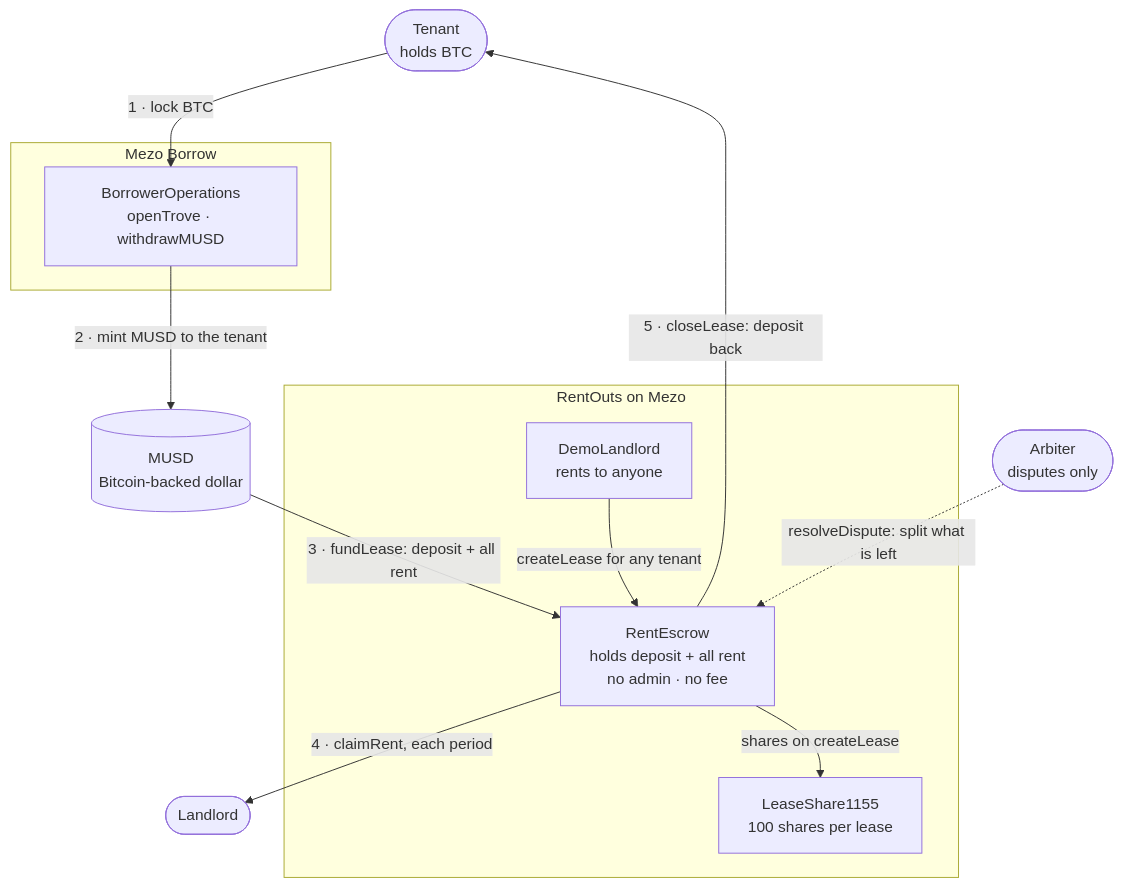
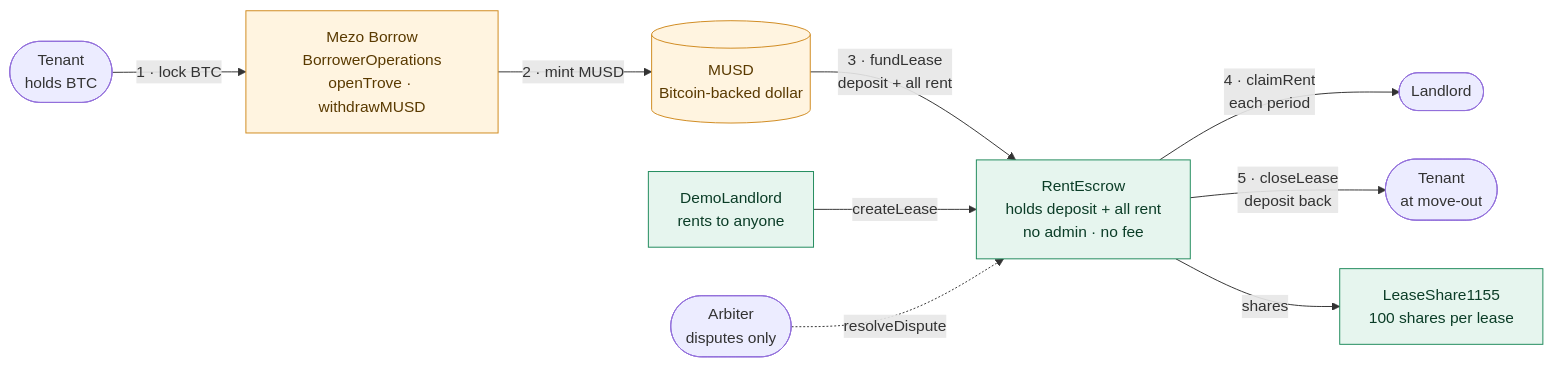
Before and after one commit to AiAlchemist0/rentouts-musd: the first of 3 diagrams in README.md, drawn with Mermaid. The commit also changed other lines of this file, not shown here.

Commit message:
docs: left-to-right system map; fix sequence label

````diff
--- a/README.md
+++ b/README.md
@@ -70,28 +70,26 @@
 ```mermaid
-flowchart TB
+flowchart LR
     T(["Tenant<br/>holds BTC"])
-
-    subgraph MB["Mezo Borrow"]
-        BO["BorrowerOperations<br/>openTrove · withdrawMUSD"]
-    end
-
+    BO["Mezo Borrow<br/>BorrowerOperations<br/>openTrove · withdrawMUSD"]
     M[("MUSD<br/>Bitcoin-backed dollar")]
-
-    subgraph RO["RentOuts on Mezo"]
-        ESC["RentEscrow<br/>holds deposit + all rent<br/>no admin · no fee"]
-        LS["LeaseShare1155<br/>100 shares per lease"]
-        DL["DemoLandlord<br/>rents to anyone"]
-    end
-
+    ESC["RentEscrow<br/>holds deposit + all rent<br/>no admin · no fee"]
     L(["Landlord"])
+    T2(["Tenant<br/>at move-out"])
+    LS["LeaseShare1155<br/>100 shares per lease"]
+    DL["DemoLandlord<br/>rents to anyone"]
     ARB(["Arbiter<br/>disputes only"])
 
     T -->|"1 · lock BTC"| BO
-    BO -->|"2 · mint MUSD to the tenant"| M
-    M -->|"3 · fundLease: deposit + all rent"| ESC
-    ESC -->|"4 · claimRent, each period"| L
-    ESC -->|"5 · closeLease: deposit back"| T
-    ESC -->|"shares on createLease"| LS
-    DL -->|"createLease for any tenant"| ESC
-    ARB -.->|"resolveDispute: split what is left"| ESC
+    BO -->|"2 · mint MUSD"| M
+    M -->|"3 · fundLease<br/>deposit + all rent"| ESC
+    ESC -->|"4 · claimRent<br/>each period"| L
+    ESC -->|"5 · closeLease<br/>deposit back"| T2
+    DL -->|"createLease"| ESC
+    ESC -->|"shares"| LS
+    ARB -.->|"resolveDispute"| ESC
+
+    classDef mezo fill:#fff4e0,stroke:#d08a1e,color:#5a3a00
+    classDef ro fill:#e6f5ee,stroke:#1f8a5b,color:#0b3d27
+    class BO,M mezo
+    class ESC,LS,DL ro
 ```
````
